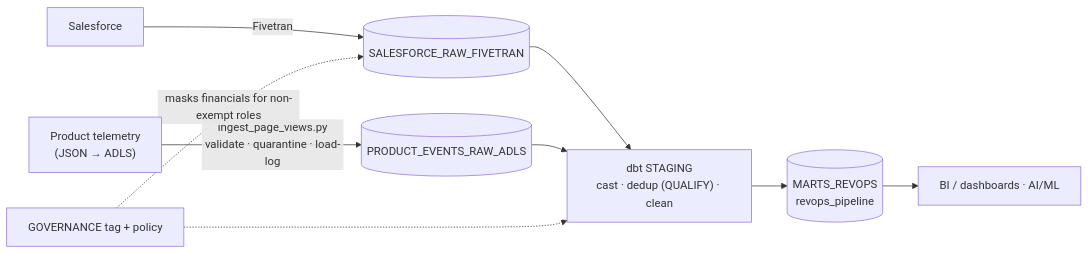
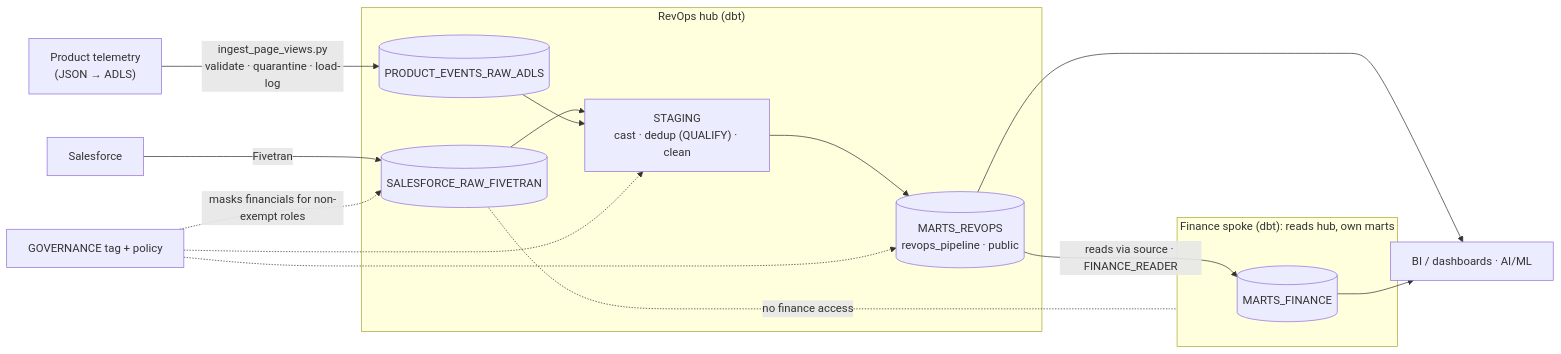
The third of 4 diagrams in infra/README.md (akashpahilwan/OpenGovPOC), drawn with Mermaid before and after one commit. The commit also changed other lines of this file, not shown here.

First line of the commit message:
docs(README): add RevOps-hub + Finance-spoke domain model

````diff
--- a/infra/README.md
+++ b/infra/README.md
@@ -170,11 +200,24 @@
 ```mermaid
 flowchart LR
-  sf1["Salesforce"] -->|Fivetran| raw1[("SALESFORCE_RAW_FIVETRAN")]
-  tel["Product telemetry<br/>(JSON → ADLS)"] -->|ingest_page_views.py<br/>validate · quarantine · load-log| raw2[("PRODUCT_EVENTS_RAW_ADLS")]
-  raw1 --> stg["dbt STAGING<br/>cast · dedup (QUALIFY) · clean"]
-  raw2 --> stg
-  stg --> marts[("MARTS_REVOPS<br/>revops_pipeline")]
+  subgraph hub["RevOps hub (dbt)"]
+    raw1[("SALESFORCE_RAW_FIVETRAN")]
+    raw2[("PRODUCT_EVENTS_RAW_ADLS")]
+    stg["STAGING<br/>cast · dedup (QUALIFY) · clean"]
+    marts[("MARTS_REVOPS<br/>revops_pipeline · public")]
+    raw1 --> stg
+    raw2 --> stg
+    stg --> marts
+  end
+  subgraph spoke["Finance spoke (dbt): reads hub, own marts"]
+    fmarts[("MARTS_FINANCE")]
+  end
+  sf1["Salesforce"] -->|Fivetran| raw1
+  tel["Product telemetry<br/>(JSON → ADLS)"] -->|ingest_page_views.py<br/>validate · quarantine · load-log| raw2
+  marts -->|reads via source · FINANCE_READER| fmarts
+  raw1 -. no finance access .- spoke
   marts --> bi["BI / dashboards · AI/ML"]
+  fmarts --> bi
   gov["GOVERNANCE tag + policy"] -.->|masks financials for non-exempt roles| raw1
   gov -.-> stg
+  gov -.-> marts
 ```
````
